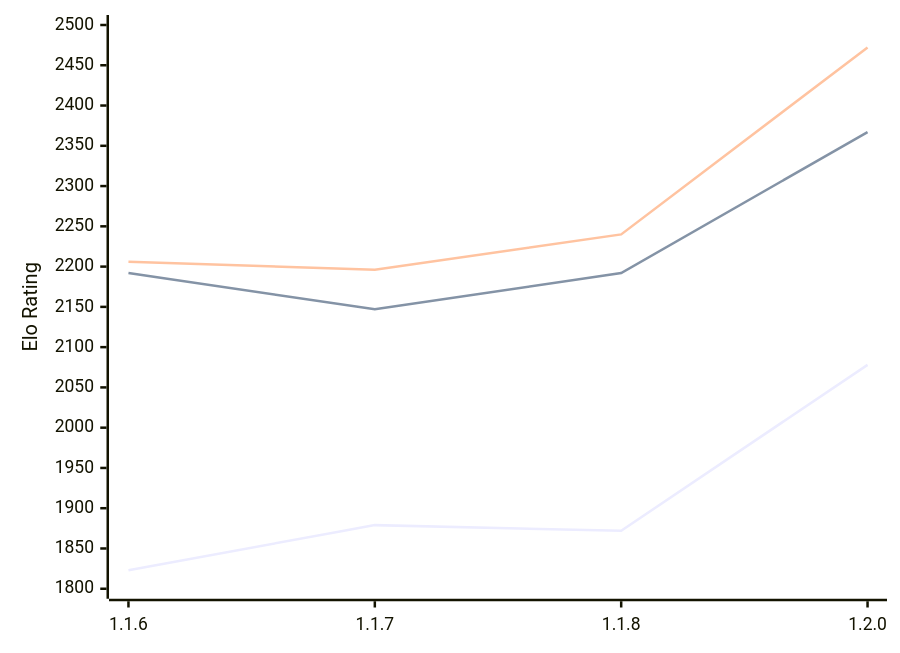
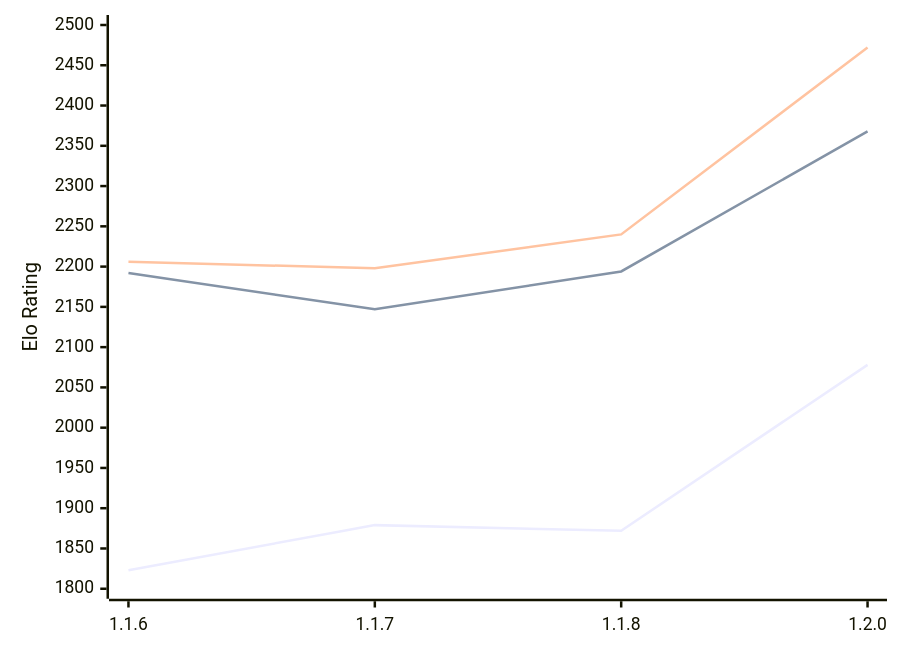
The diagram in engines/Soomi.md (computer-chess-index/cci), drawn with Mermaid before and after one commit. The commit also changed other lines of this file, not shown here.

Commit message:
Update CCI Ratings (ELO VLTC) - 2026-02-11

````diff
--- a/engines/Soomi.md
+++ b/engines/Soomi.md
@@ -31,9 +31,9 @@
 ```mermaid
 %%{init: {"theme":"base","themeVariables":{"seriesColors:['#a3a3a3','#222221','#faa371']}}}%%
 xychart-beta
   x-axis ["1.1.6", "1.1.7", "1.1.8", "1.2.0"]
   y-axis "Elo Rating" 1800 --> 2500
   line "STC (8.0+0.08s)" [1823, 1879, 1872, 2078]
-  line "LTC (60.0+0.60s)" [2192, 2147, 2192, 2367]
-  line "VLTC (2m24s+1.12s)" [2206, 2196, 2240, 2472]
+  line "LTC (60.0+0.60s)" [2192, 2147, 2194, 2368]
+  line "VLTC (2m24s+1.12s)" [2206, 2198, 2240, 2472]
 ```
````
